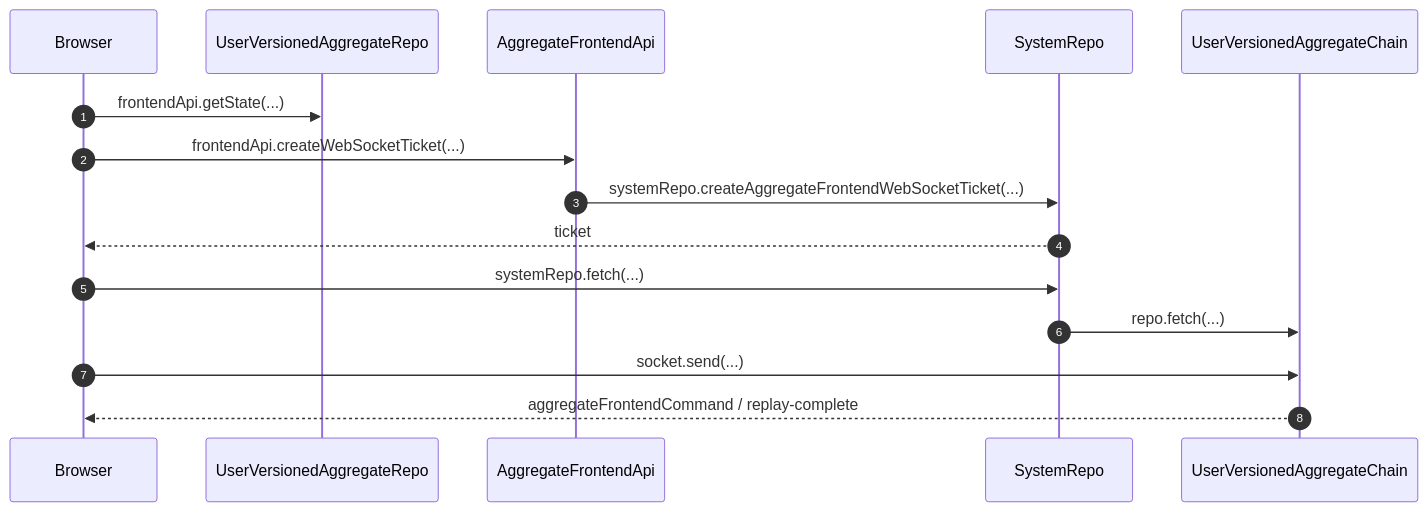
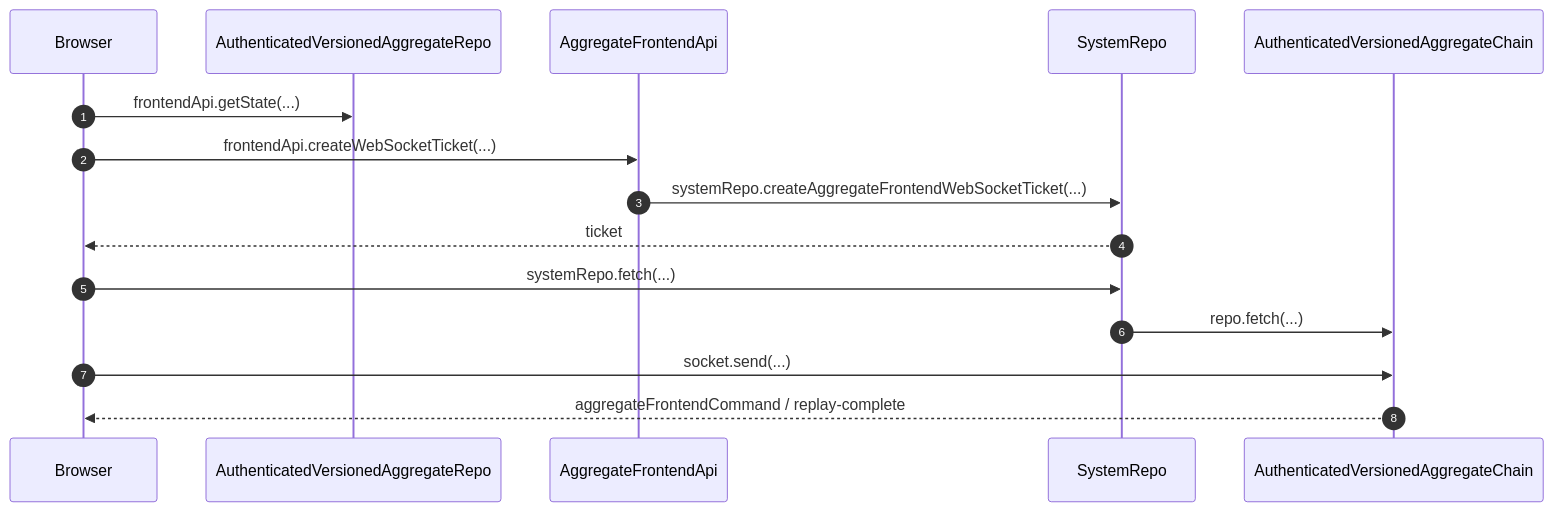
One commit to morgs32/qrk.sh changed the diagram in wiki/architecture/browser/FrontendWebSocket.md. Above: the diagram before and after it, drawn with Mermaid. The commit also changed other lines of this file and 404 other files, not shown here.

````diff
--- a/wiki/architecture/browser/FrontendWebSocket.md
+++ b/wiki/architecture/browser/FrontendWebSocket.md
@@ -15,24 +15,24 @@
 ```mermaid
 sequenceDiagram
   participant Browser
-  participant UserVersionedAggregateRepo
+  participant AuthenticatedVersionedAggregateRepo
   participant AggregateFrontendApi
   participant SystemRepo
-  participant UserVersionedAggregateChain
+  participant AuthenticatedVersionedAggregateChain
   autonumber 1
-  Browser->>UserVersionedAggregateRepo: frontendApi.getState(...)
+  Browser->>AuthenticatedVersionedAggregateRepo: frontendApi.getState(...)
   autonumber 2
   Browser->>AggregateFrontendApi: frontendApi.createWebSocketTicket(...)
   autonumber 3
   AggregateFrontendApi->>SystemRepo: systemRepo.createAggregateFrontendWebSocketTicket(...)
   autonumber 4
   SystemRepo-->>Browser: ticket
   autonumber 5
   Browser->>SystemRepo: systemRepo.fetch(...)
   autonumber 6
-  SystemRepo->>UserVersionedAggregateChain: repo.fetch(...)
+  SystemRepo->>AuthenticatedVersionedAggregateChain: repo.fetch(...)
   autonumber 7
-  Browser->>UserVersionedAggregateChain: socket.send(...)
+  Browser->>AuthenticatedVersionedAggregateChain: socket.send(...)
   autonumber 8
-  UserVersionedAggregateChain-->>Browser: aggregateFrontendCommand / replay-complete
+  AuthenticatedVersionedAggregateChain-->>Browser: aggregateFrontendCommand / replay-complete
 ```
````
